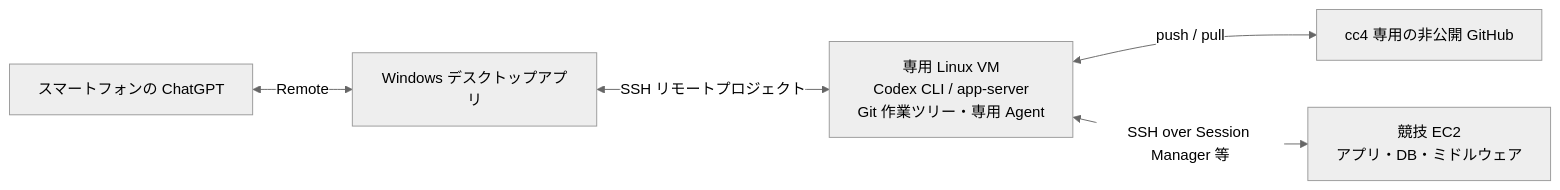
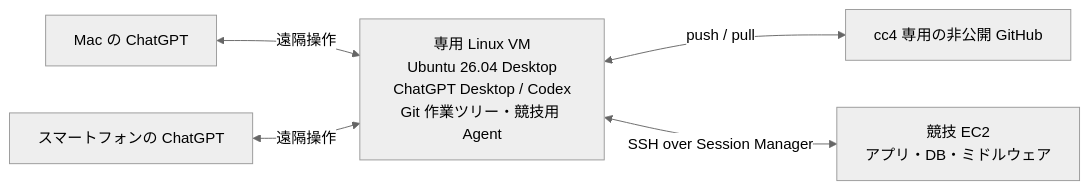
One commit to ChallengeClub/isucon_tips changed the diagram in 2026/cc4/README.md. Above: the diagram before and after it, drawn with Mermaid (neutral theme). The commit also changed other lines of this file, not shown here.

Commit message:
docs(cc4): adopt Ubuntu 26.04 Desktop VM as execution host

````diff
--- a/2026/cc4/README.md
+++ b/2026/cc4/README.md
@@ -24,7 +24,7 @@
 ```mermaid
 flowchart LR
-    Mobile["スマートフォンの ChatGPT"] <-->|Remote| Windows["Windows デスクトップアプリ"]
-    Windows <-->|SSH リモートプロジェクト| VM["専用 Linux VM<br/>Codex CLI / app-server<br/>Git 作業ツリー・専用 Agent"]
+    Mac["Mac の ChatGPT"] <-->|遠隔操作| VM["専用 Linux VM<br/>Ubuntu 26.04 Desktop<br/>ChatGPT Desktop / Codex<br/>Git 作業ツリー・競技用 Agent"]
+    Mobile["スマートフォンの ChatGPT"] <-->|遠隔操作| VM
     VM <-->|push / pull| GitHub["cc4 専用の非公開 GitHub"]
-    VM <-->|SSH over Session Manager 等| EC2["競技 EC2<br/>アプリ・DB・ミドルウェア"]
+    VM <-->|SSH over Session Manager| EC2["競技 EC2<br/>アプリ・DB・ミドルウェア"]
 ```
````
